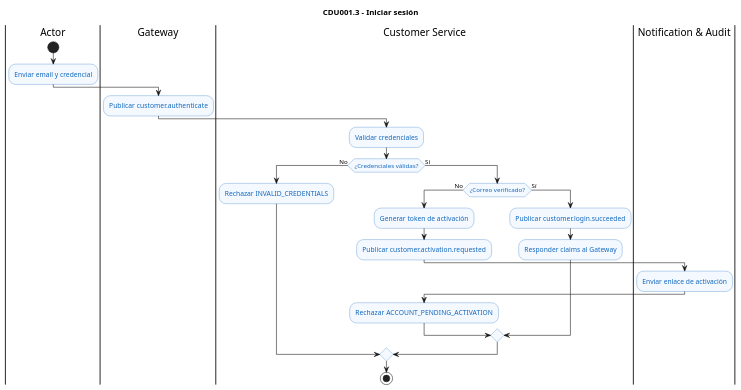
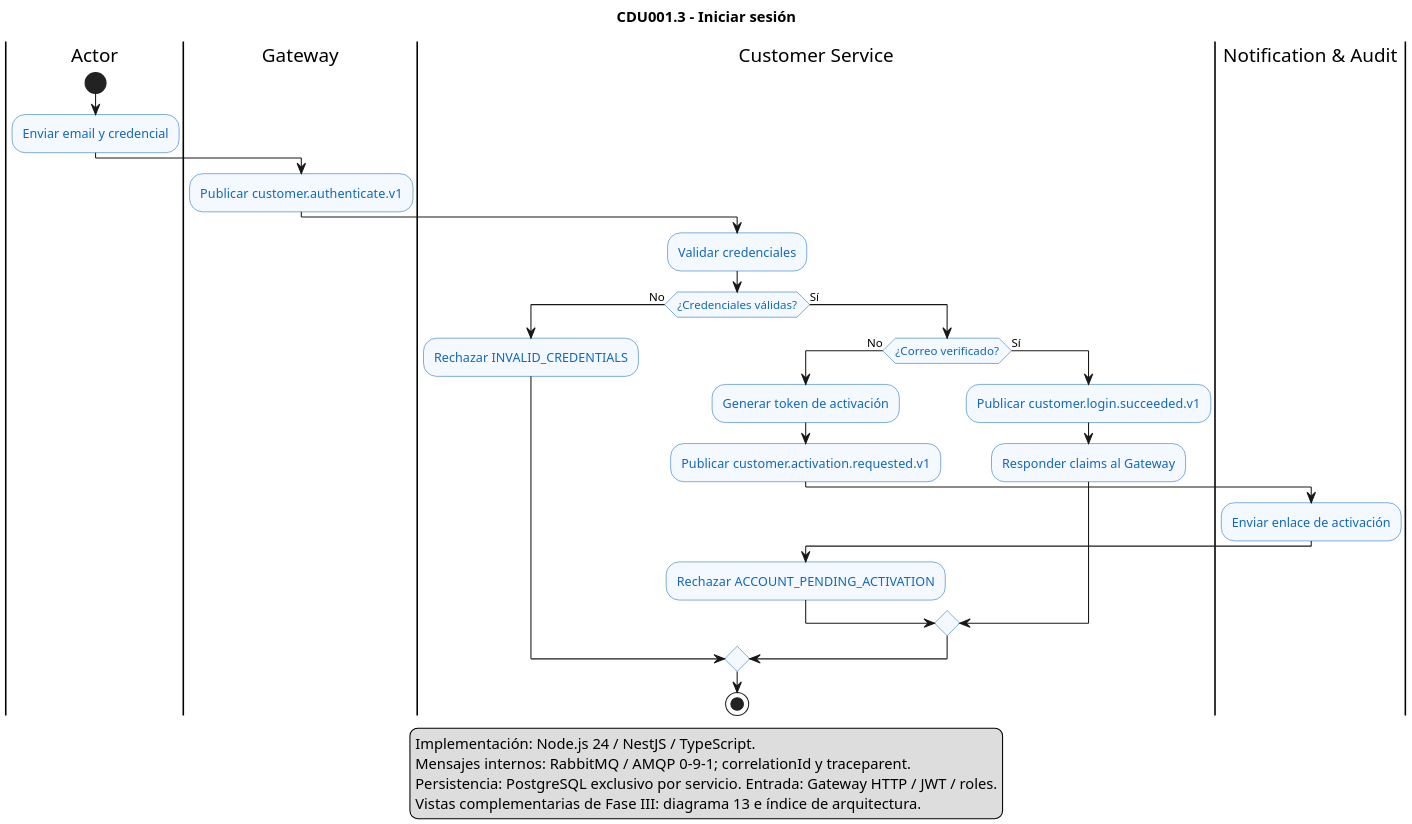
One commit to marcosbondel/Proyecto-SA-B-2 changed the diagram in docs/architecture/diagrams/cdu/customer/flujos/CDU001.3-iniciar-sesion.puml. Above: the diagram before and after it, drawn with PlantUML. The commit also changed 74 other files, not shown here.

Commit message:
docs(cdu-er): actualizar casos de uso UML nativos, flujos de negocio y modelos ER fisicos

```diff
--- a/docs/architecture/diagrams/cdu/customer/flujos/CDU001.3-iniciar-sesion.puml
+++ b/docs/architecture/diagrams/cdu/customer/flujos/CDU001.3-iniciar-sesion.puml
@@ -1,34 +1,41 @@
 @startuml CDU001.3-iniciar-sesion
 title CDU001.3 - Iniciar sesión
 
 skinparam shadowing false
+skinparam dpi 180
 skinparam activity {
     BackgroundColor #F4F8FF
     BorderColor #1168BD
     FontColor #1168BD
 }
 
 |Actor|
 start
 :Enviar email y credencial;
 |Gateway|
-:Publicar customer.authenticate;
+:Publicar customer.authenticate.v1;
 |Customer Service|
 :Validar credenciales;
 if (¿Credenciales válidas?) then (No)
     :Rechazar INVALID_CREDENTIALS;
 else (Sí)
     if (¿Correo verificado?) then (No)
         :Generar token de activación;
-        :Publicar customer.activation.requested;
+        :Publicar customer.activation.requested.v1;
         |Notification & Audit|
         :Enviar enlace de activación;
         |Customer Service|
         :Rechazar ACCOUNT_PENDING_ACTIVATION;
     else (Sí)
-        :Publicar customer.login.succeeded;
+        :Publicar customer.login.succeeded.v1;
         :Responder claims al Gateway;
     endif
 endif
 stop
+legend bottom
+  Implementación: Node.js 24 / NestJS / TypeScript.
+  Mensajes internos: RabbitMQ / AMQP 0-9-1; correlationId y traceparent.
+  Persistencia: PostgreSQL exclusivo por servicio. Entrada: Gateway HTTP / JWT / roles.
+  Vistas complementarias de Fase III: diagrama 13 e índice de arquitectura.
+endlegend
 @enduml
```
